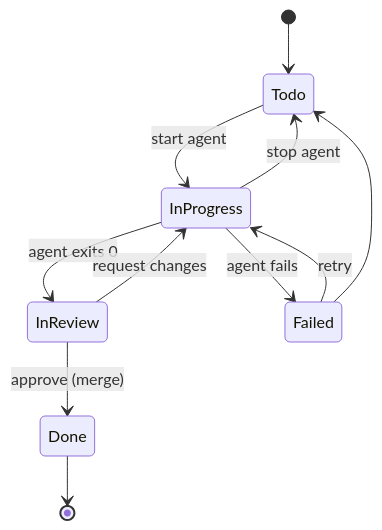
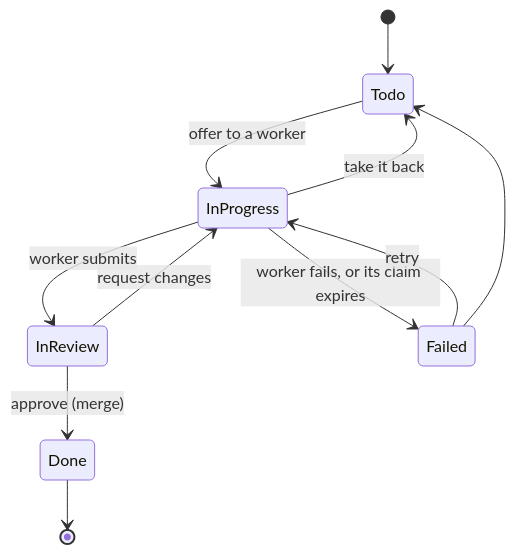
The second of 2 diagrams in README.md (YiJun12345/kanban-agents), drawn with Mermaid before and after one commit. The commit also changed other lines of this file and 1 other file, not shown here.

````diff
--- a/README.md
+++ b/README.md
@@ -75,13 +89,13 @@
 ```mermaid
 stateDiagram-v2
     [*] --> Todo
-    Todo --> InProgress: start agent
-    InProgress --> InReview: agent exits 0
-    InProgress --> Failed: agent fails
-    InProgress --> Todo: stop agent
+    Todo --> InProgress: offer to a worker
+    InProgress --> InReview: worker submits
+    InProgress --> Failed: worker fails, or its claim expires
+    InProgress --> Todo: take it back
     InReview --> Done: approve (merge)
     InReview --> InProgress: request changes
     Failed --> InProgress: retry
     Failed --> Todo
     Done --> [*]
 ```
````
